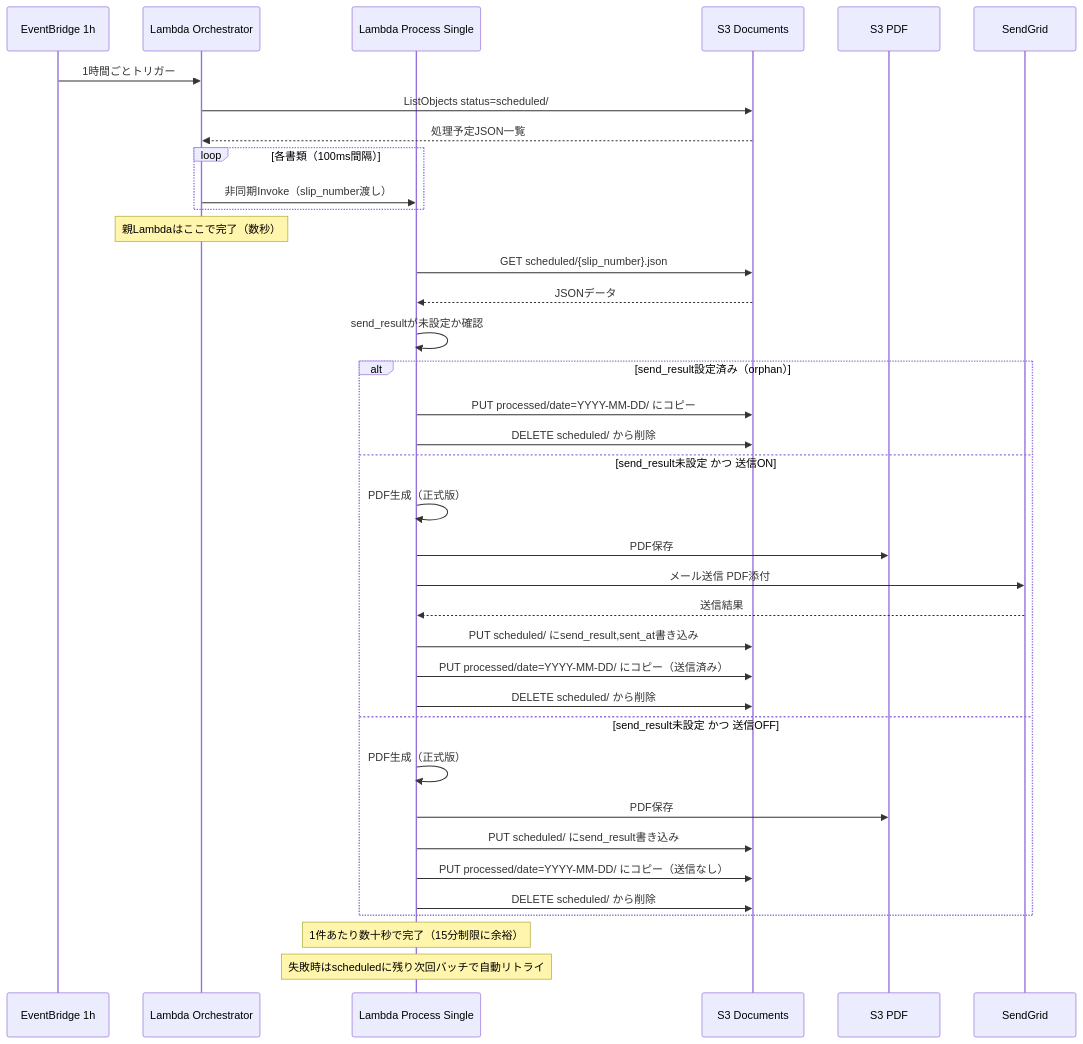
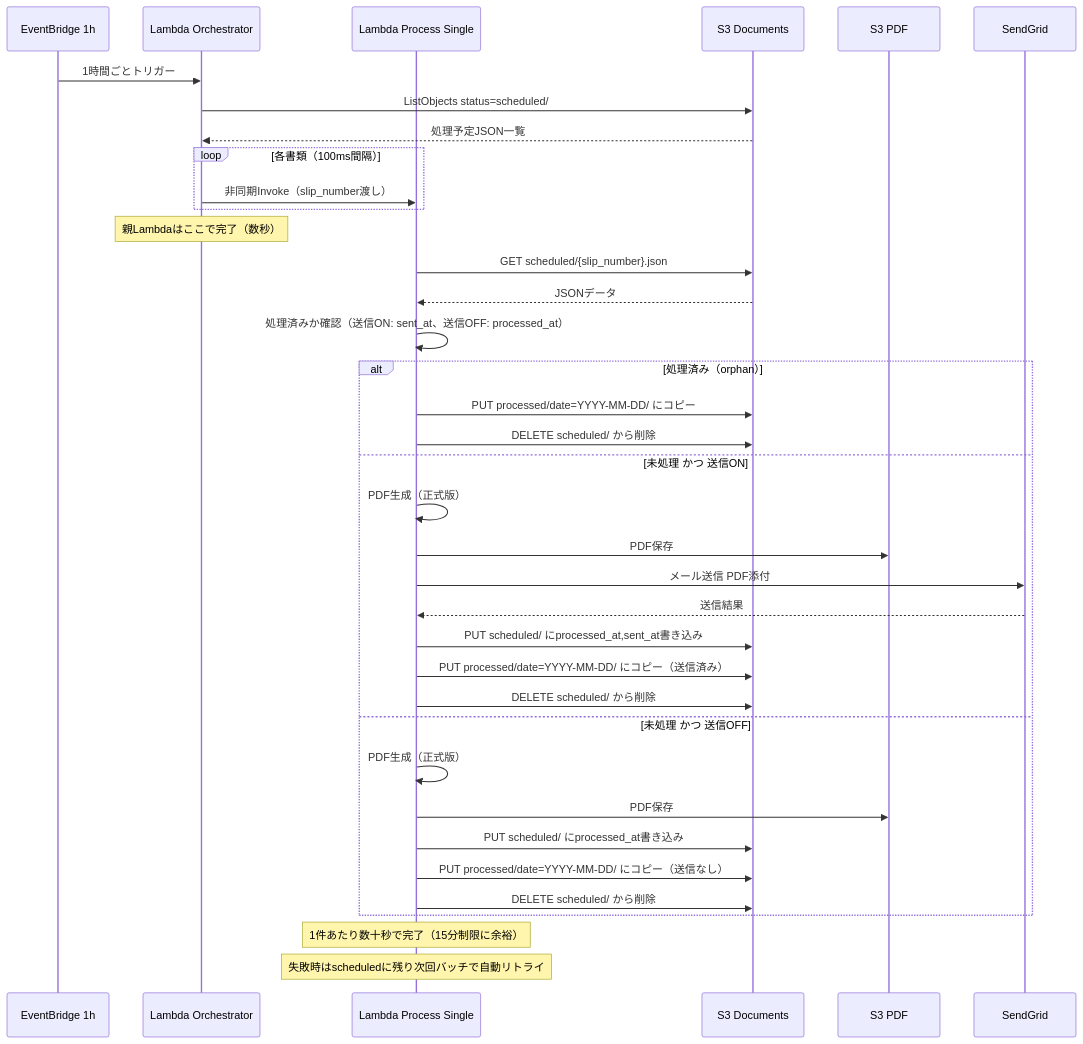
One commit to hogekof/tokaisteel-invoice-delivery-mail-system changed the fifth of 7 diagrams in .kiro/specs/invoice-delivery-mail-system/design.md. Above: the diagram before and after it, drawn with Mermaid. The commit also changed other lines of this file and 1 other file, not shown here.

First line of the commit message:
send_result削除、sent_at/processed_atで判定統一、伝票番号キャッシュ導入

````diff
--- a/.kiro/specs/invoice-delivery-mail-system/design.md
+++ b/.kiro/specs/invoice-delivery-mail-system/design.md
@@ -218,44 +218,44 @@
 ```mermaid
 sequenceDiagram
     participant EB as EventBridge 1h
     participant Parent as Lambda Orchestrator
     participant Child as Lambda Process Single
     participant S3Docs as S3 Documents
     participant S3Pdf as S3 PDF
     participant SG as SendGrid
 
     EB->>Parent: 1時間ごとトリガー
     Parent->>S3Docs: ListObjects status=scheduled/
     S3Docs-->>Parent: 処理予定JSON一覧
 
     loop 各書類（100ms間隔）
         Parent->>Child: 非同期Invoke（slip_number渡し）
     end
 
     Note over Parent: 親Lambdaはここで完了（数秒）
 
     Child->>S3Docs: GET scheduled/{slip_number}.json
     S3Docs-->>Child: JSONデータ
-    Child->>Child: send_resultが未設定か確認
-    alt send_result設定済み（orphan）
+    Child->>Child: 処理済みか確認（送信ON: sent_at、送信OFF: processed_at）
+    alt 処理済み（orphan）
         Child->>S3Docs: PUT processed/date=YYYY-MM-DD/ にコピー
         Child->>S3Docs: DELETE scheduled/ から削除
-    else send_result未設定 かつ 送信ON
+    else 未処理 かつ 送信ON
         Child->>Child: PDF生成（正式版）
         Child->>S3Pdf: PDF保存
         Child->>SG: メール送信 PDF添付
         SG-->>Child: 送信結果
-        Child->>S3Docs: PUT scheduled/ にsend_result,sent_at書き込み
+        Child->>S3Docs: PUT scheduled/ にprocessed_at,sent_at書き込み
         Child->>S3Docs: PUT processed/date=YYYY-MM-DD/ にコピー（送信済み）
         Child->>S3Docs: DELETE scheduled/ から削除
-    else send_result未設定 かつ 送信OFF
+    else 未処理 かつ 送信OFF
         Child->>Child: PDF生成（正式版）
         Child->>S3Pdf: PDF保存
-        Child->>S3Docs: PUT scheduled/ にsend_result書き込み
+        Child->>S3Docs: PUT scheduled/ にprocessed_at書き込み
         Child->>S3Docs: PUT processed/date=YYYY-MM-DD/ にコピー（送信なし）
         Child->>S3Docs: DELETE scheduled/ から削除
     end
 
     Note over Child: 1件あたり数十秒で完了（15分制限に余裕）
     Note over Child: 失敗時はscheduledに残り次回バッチで自動リトライ
 ```
````
